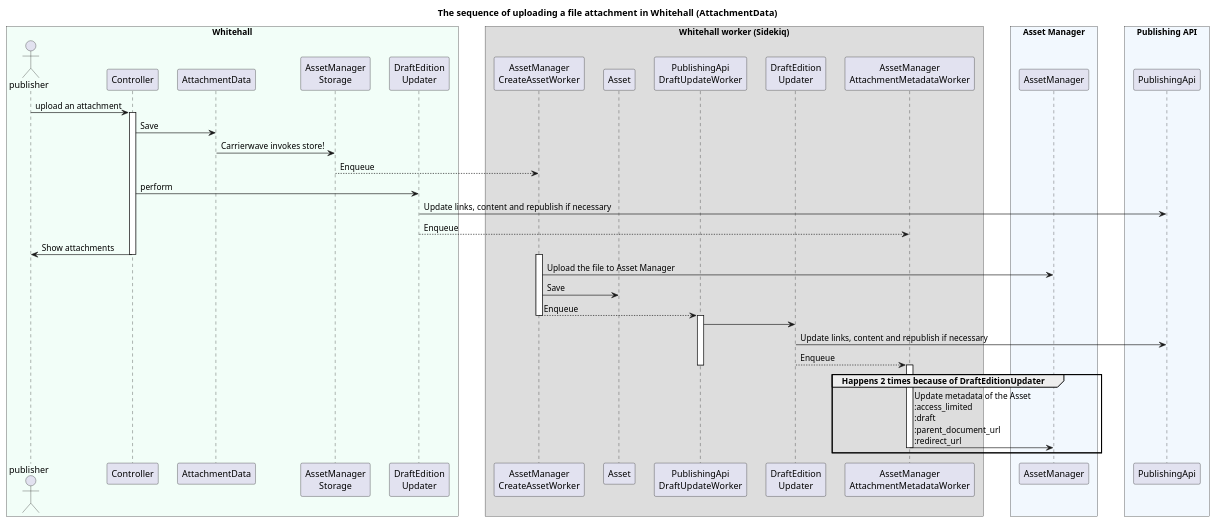
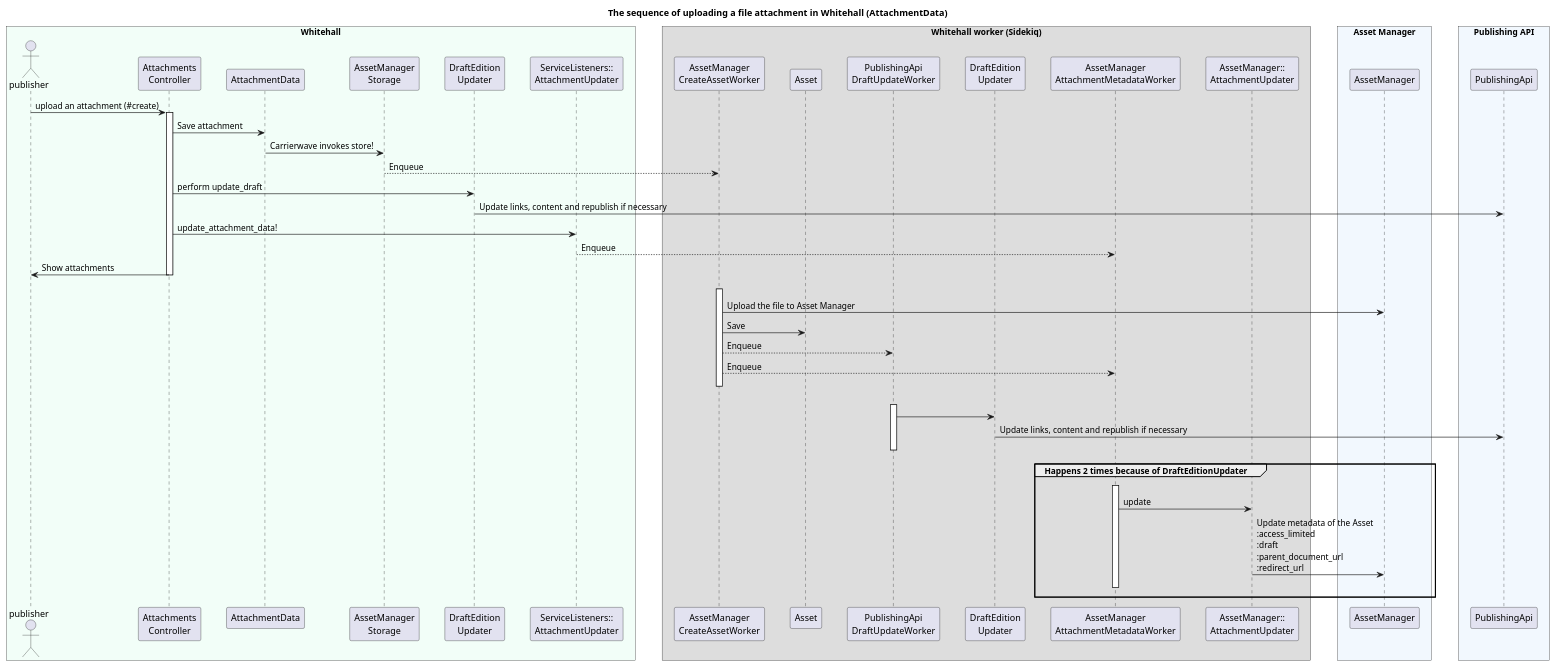
One commit to alphagov/whitehall changed the diagram in docs/diagrams/asset_attachment_upload_flow.puml. Above: the diagram before and after it, drawn with PlantUML. The commit also changed 1 other file, not shown here.

Commit message:
Update asset diagram for attachment upload flow
- Added the two different AttachmentUpdaters to the diagrams
- Updated because the call to enqueue AttachmentMetadataWorker comes from the controller and CreateAssetWorker and not the DraftEditionUpdater
- Changed from activate/deactivate blocks to hidden line groupings for clearer separation and spacing when rendering.

```diff
--- a/docs/diagrams/asset_attachment_upload_flow.puml
+++ b/docs/diagrams/asset_attachment_upload_flow.puml
@@ -1,58 +1,62 @@
 @startuml asset_attachment_upload_flow
 
 title The sequence of uploading a file attachment in Whitehall (AttachmentData)
 skinparam BoxPadding 20
-skinparam ParticipantPadding 10
+skinparam ParticipantPadding 15
 
 box "Whitehall" #f2fef8
 actor publisher
-participant Controller
+participant "Attachments\nController" as Controller
 participant AttachmentData
 participant "AssetManager\nStorage" as AssetManagerStorage
 participant "DraftEdition\nUpdater" as DraftEditionUpdater
+participant "ServiceListeners::\nAttachmentUpdater" as slAttachmentUpdater
 end box
 
 box Whitehall worker (Sidekiq)
 participant "AssetManager\nCreateAssetWorker" as AssetManagerCreateAssetWorker
 participant Asset
 participant "PublishingApi\nDraftUpdateWorker" as PublishingApiDraftUpdateWorker
 participant "DraftEdition\nUpdater" as bgDraftEditionUpdater
 participant "AssetManager\nAttachmentMetadataWorker" as AssetManagerAttachmentMetadataWorker
+participant "AssetManager::\nAttachmentUpdater" as amAttachmentUpdater
 end box
 
 box "Asset Manager" #f2f8fe
 participant AssetManager
 end box
 
 box "Publishing API" #f2f8fe
 participant PublishingApi
 end box
 
-publisher -> Controller++ : upload an attachment
-Controller -> AttachmentData : Save
+publisher -> Controller++ : upload an attachment (#create)
+Controller -> AttachmentData : Save attachment
 AttachmentData -> AssetManagerStorage : Carrierwave invokes store!
 AssetManagerStorage --> AssetManagerCreateAssetWorker : Enqueue
-Controller -> DraftEditionUpdater : perform
+Controller -> DraftEditionUpdater : perform update_draft
 DraftEditionUpdater -> PublishingApi : Update links, content and republish if necessary
-DraftEditionUpdater --> AssetManagerAttachmentMetadataWorker: Enqueue
+Controller -> slAttachmentUpdater : update_attachment_data!
+slAttachmentUpdater --> AssetManagerAttachmentMetadataWorker: Enqueue
 Controller -> publisher-- : Show attachments
 
-activate AssetManagerCreateAssetWorker
+AssetManagerCreateAssetWorker -[hidden]> AssetManagerCreateAssetWorker++
 AssetManagerCreateAssetWorker -> AssetManager : Upload the file to Asset Manager
 AssetManagerCreateAssetWorker -> Asset: Save
 AssetManagerCreateAssetWorker --> PublishingApiDraftUpdateWorker : Enqueue
-deactivate AssetManagerCreateAssetWorker
+AssetManagerCreateAssetWorker --> AssetManagerAttachmentMetadataWorker : Enqueue
+AssetManagerCreateAssetWorker -[hidden]> AssetManagerCreateAssetWorker--
 
-activate PublishingApiDraftUpdateWorker
+PublishingApiDraftUpdateWorker -[hidden]> PublishingApiDraftUpdateWorker++
 PublishingApiDraftUpdateWorker -> bgDraftEditionUpdater
 bgDraftEditionUpdater -> PublishingApi : Update links, content and republish if necessary
-bgDraftEditionUpdater --> AssetManagerAttachmentMetadataWorker: Enqueue
-deactivate PublishingApiDraftUpdateWorker
+PublishingApiDraftUpdateWorker -[hidden]> PublishingApiDraftUpdateWorker--
 
 group Happens 2 times because of DraftEditionUpdater
-  activate AssetManagerAttachmentMetadataWorker
-  AssetManagerAttachmentMetadataWorker -> AssetManager: Update metadata of the Asset\n:access_limited\n:draft\n:parent_document_url\n:redirect_url
-  deactivate AssetManagerAttachmentMetadataWorker
+  AssetManagerAttachmentMetadataWorker -[hidden]> AssetManagerAttachmentMetadataWorker++
+  AssetManagerAttachmentMetadataWorker -> amAttachmentUpdater : update
+  amAttachmentUpdater -> AssetManager: Update metadata of the Asset\n:access_limited\n:draft\n:parent_document_url\n:redirect_url
+  AssetManagerAttachmentMetadataWorker -[hidden]> AssetManagerAttachmentMetadataWorker--
 end group
 
 @enduml
```
